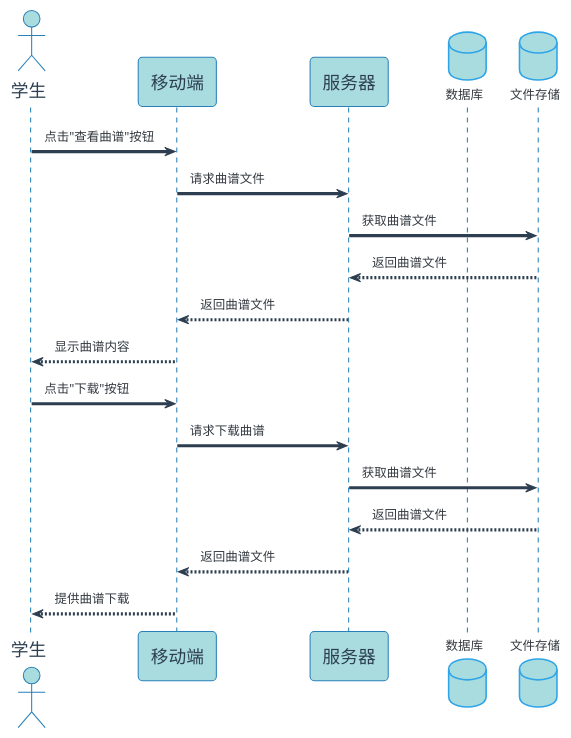
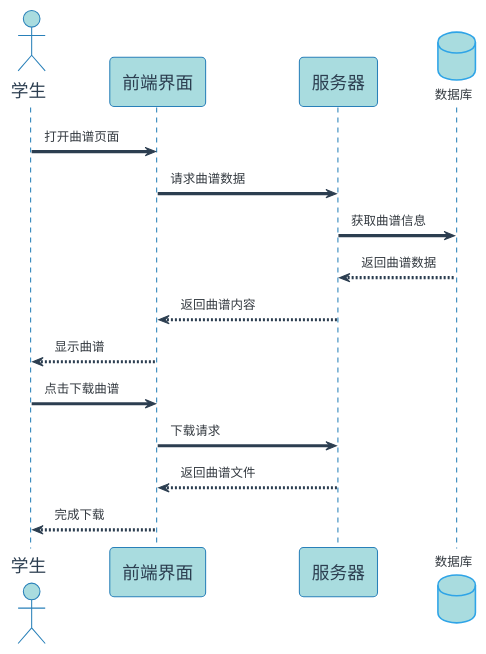
The diagram in 顺序图文件/学生在线曲谱.puml (ybwlz/-git-), drawn with PlantUML before and after one commit. The commit also changed 6 other files, not shown here.

```diff
--- a/顺序图文件/学生在线曲谱.puml
+++ b/顺序图文件/学生在线曲谱.puml
@@ -1,42 +1,39 @@
 @startuml
 !theme cerulean
 skinparam backgroundColor #FFFFFF
 skinparam sequence {
     ArrowColor #2C3E50
     ActorBorderColor #2980B9
     LifeLineBorderColor #2980B9
     LifeLineBackgroundColor #A9DCDF
     
     ParticipantBorderColor #2980B9
     ParticipantBackgroundColor #A9DCDF
     ParticipantFontName 微软雅黑
     ParticipantFontSize 17
     ParticipantFontColor #2C3E50
     
     ActorBackgroundColor #A9DCDF
     ActorFontColor #2C3E50
     ActorFontSize 17
     ActorFontName 微软雅黑
 }
 
 actor 学生 as Student
-participant "移动端" as Mobile #A9DCDF
+participant "前端界面" as Frontend #A9DCDF
 participant "服务器" as Server #A9DCDF
 database "数据库" as DB #A9DCDF
-database "文件存储" as Storage #A9DCDF
 
-Student -> Mobile: 点击"查看曲谱"按钮
-Mobile -> Server: 请求曲谱文件
-Server -> Storage: 获取曲谱文件
-Storage --> Server: 返回曲谱文件
-Server --> Mobile: 返回曲谱文件
-Mobile --> Student: 显示曲谱内容
+Student -> Frontend: 打开曲谱页面
+Frontend -> Server: 请求曲谱数据
+Server -> DB: 获取曲谱信息
+DB --> Server: 返回曲谱数据
+Server --> Frontend: 返回曲谱内容
+Frontend --> Student: 显示曲谱
 
-Student -> Mobile: 点击"下载"按钮
-Mobile -> Server: 请求下载曲谱
-Server -> Storage: 获取曲谱文件
-Storage --> Server: 返回曲谱文件
-Server --> Mobile: 返回曲谱文件
-Mobile --> Student: 提供曲谱下载
+Student -> Frontend: 点击下载曲谱
+Frontend -> Server: 下载请求
+Server --> Frontend: 返回曲谱文件
+Frontend --> Student: 完成下载
 
 @enduml 
```
